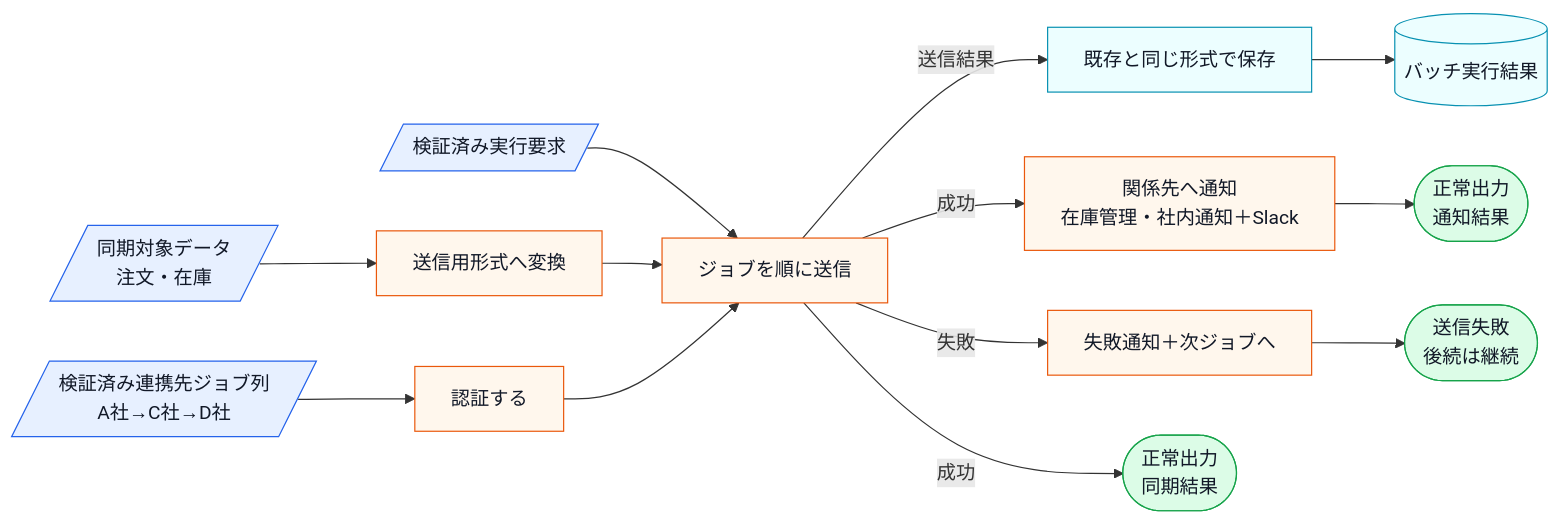
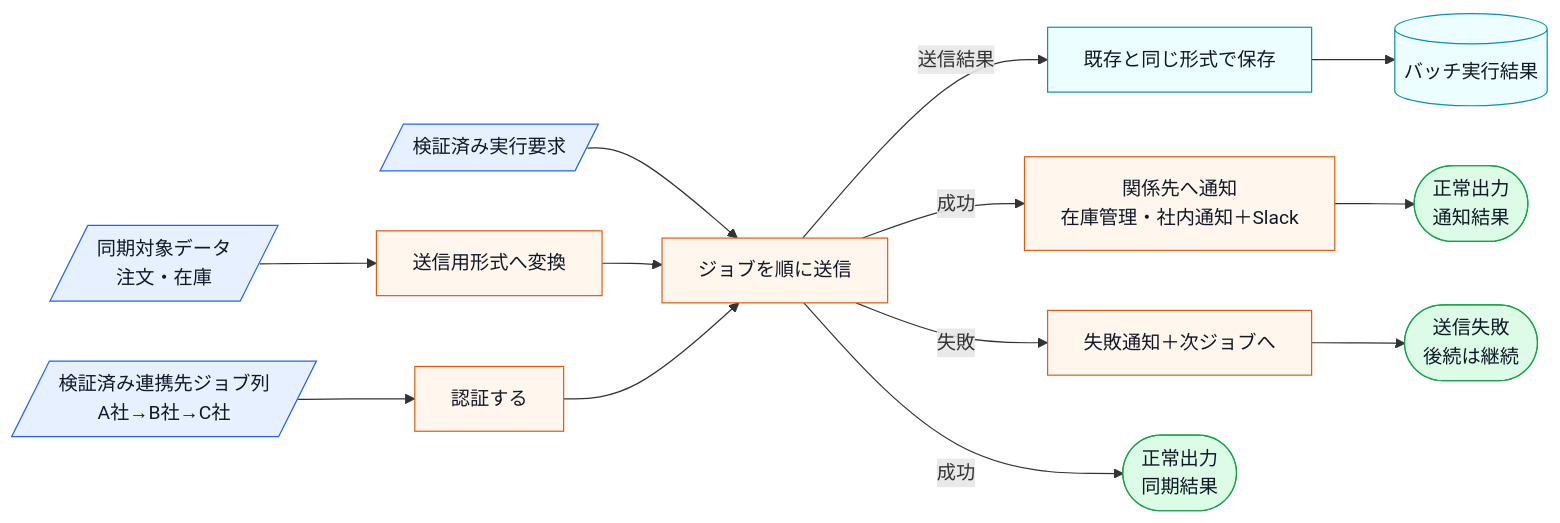
Before and after one commit to kumachan1101-pixel/DesignPattern: the fourth of 12 diagrams in kindle/design-patterns/output/chapter10.md, drawn with Mermaid. The commit also changed other lines of this file and 23 other files, not shown here.

````diff
--- a/kindle/design-patterns/output/chapter10.md
+++ b/kindle/design-patterns/output/chapter10.md
@@ -754,21 +758,21 @@
 ```mermaid
 flowchart LR
-    A[/検証済み連携先ジョブ列<br>A社→C社→D社/]:::input --> G[認証する]:::process
+    A[/検証済み連携先ジョブ列<br>A社→B社→C社/]:::input --> G[認証する]:::process
     C[/同期対象データ<br>注文・在庫/]:::input --> D[送信用形式へ変換]:::process
     E[/検証済み実行要求/]:::input --> H
     D --> H[ジョブを順に送信]:::process
     G --> H
     H -->|送信結果| R[既存と同じ形式で保存]:::stable
     R --> S[(バッチ実行結果)]:::stable
     H -->|成功| I[関係先へ通知<br>在庫管理・社内通知＋Slack]:::process
     H -->|失敗| L[失敗通知＋次ジョブへ]:::process
     H -->|成功| J([正常出力<br>同期結果]):::normal
     I --> K([正常出力<br>通知結果]):::normal
     L --> M([送信失敗<br>後続は継続]):::normal
 
     classDef input fill:#e7f0ff,stroke:#2563eb,color:#111827;
     classDef process fill:#fff7ed,stroke:#ea580c,color:#111827;
     classDef decision fill:#fef9c3,stroke:#ca8a04,color:#111827;
     classDef normal fill:#dcfce7,stroke:#16a34a,color:#111827;
     classDef stable fill:#ecfeff,stroke:#0891b2,color:#111827;
 ```
````
